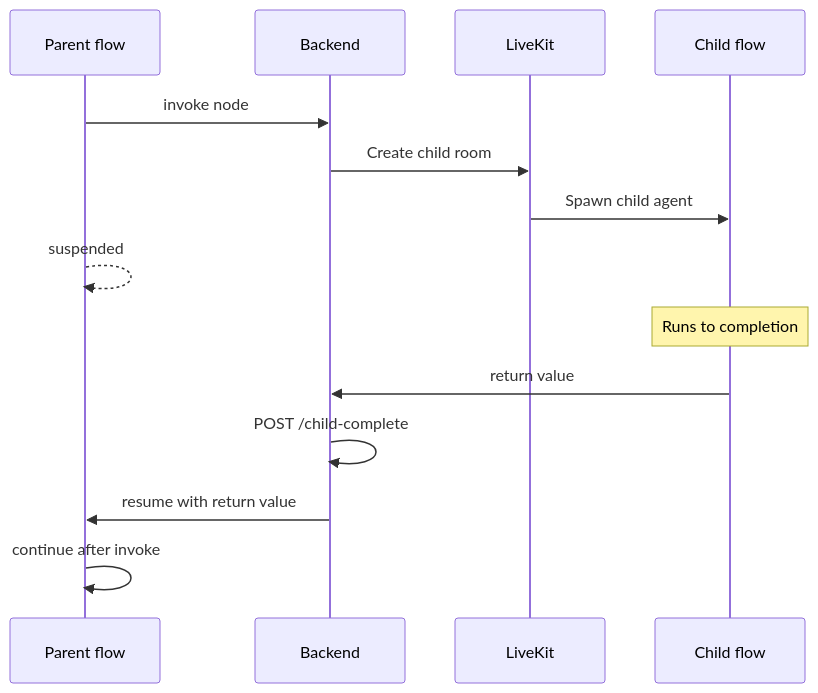
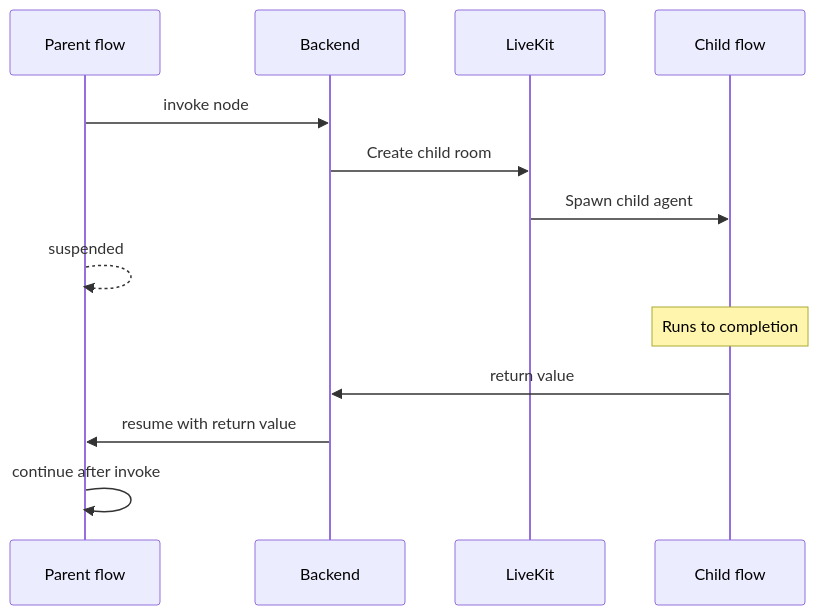
The third of 4 diagrams in platform/flows.mdx (Aico-Systems/docs), drawn with Mermaid before and after one commit. The commit also changed other lines of this file and 9 other files, not shown here.

````diff
--- a/platform/flows.mdx
+++ b/platform/flows.mdx
@@ -106,17 +102,16 @@
 ```mermaid
 sequenceDiagram
     participant P as Parent flow
     participant BE as Backend
     participant LK as LiveKit
     participant C as Child flow
 
     P->>BE: invoke node
     BE->>LK: Create child room
     LK->>C: Spawn child agent
     P-->>P: suspended
     Note over C: Runs to completion
     C->>BE: return value
-    BE->>BE: POST /child-complete
     BE->>P: resume with return value
     P->>P: continue after invoke
 ```
````
